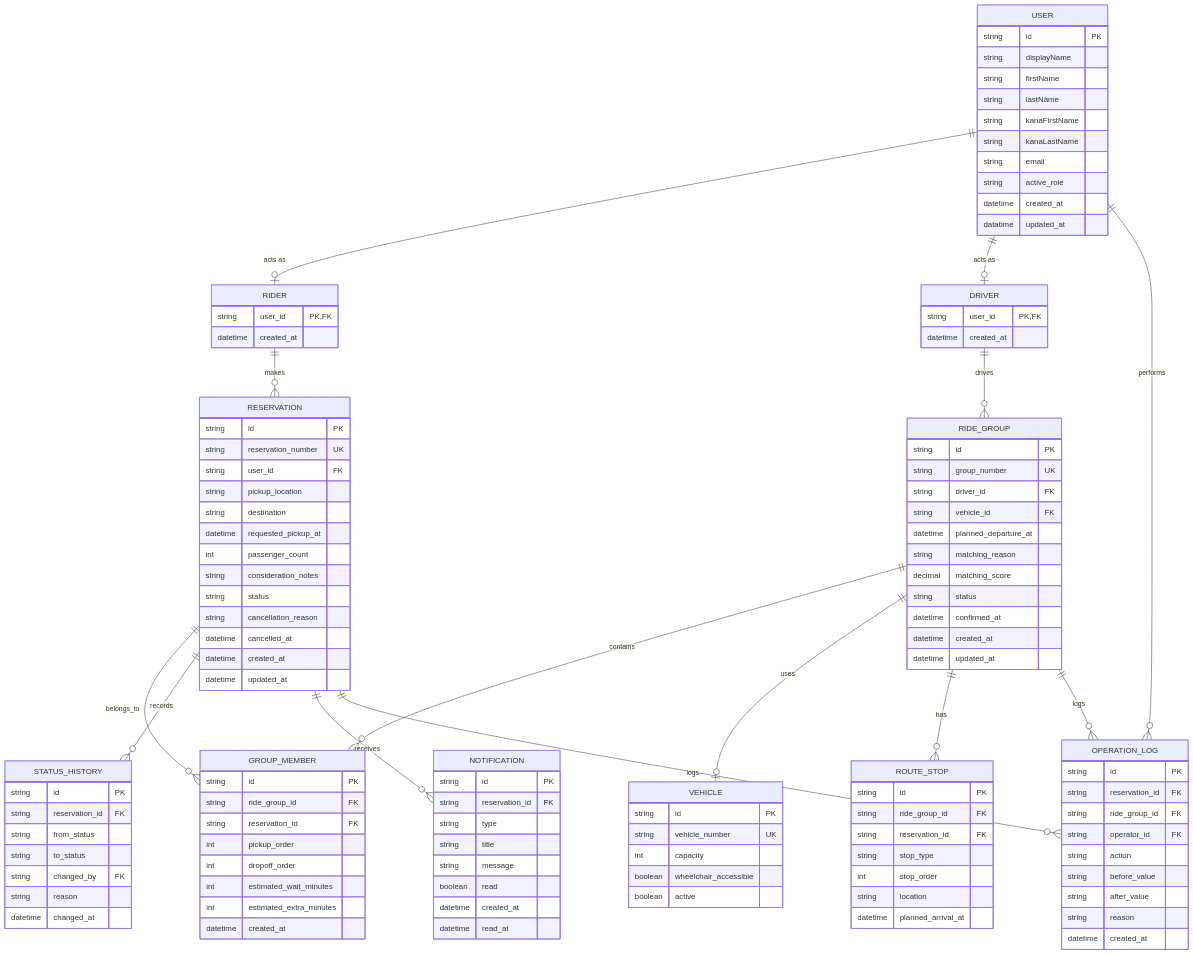
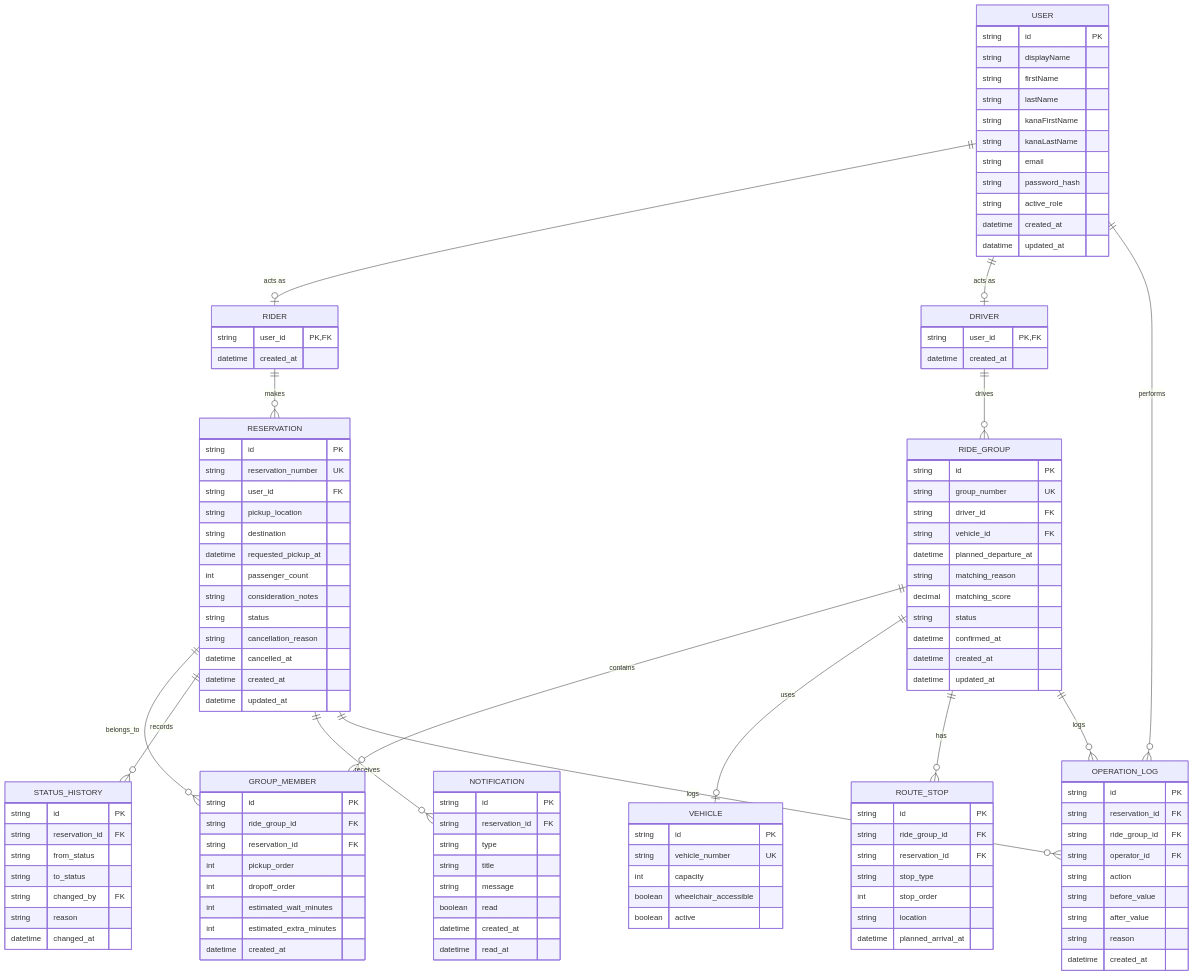
One commit to harusun8777-lang/RoadRide_Sharing changed the first of 2 diagrams in docs/data-model.md. Above: the diagram before and after it, drawn with Mermaid. The commit also changed other lines of this file and 3 other files, not shown here.

```diff
--- a/docs/data-model.md
+++ b/docs/data-model.md
@@ -30,6 +30,7 @@
         string kanaFirstName
         string kanaLastName
         string email
+        string password_hash
         string active_role
         datetime created_at
         datatime updated_at
```
